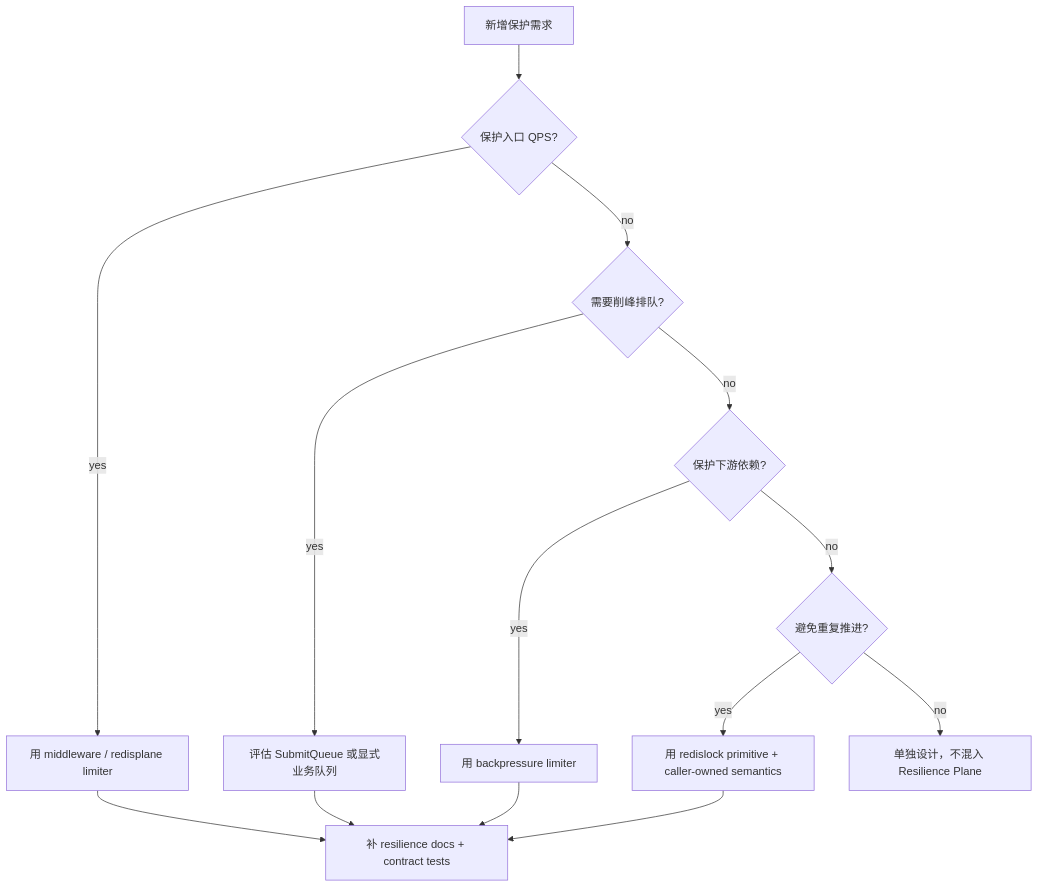
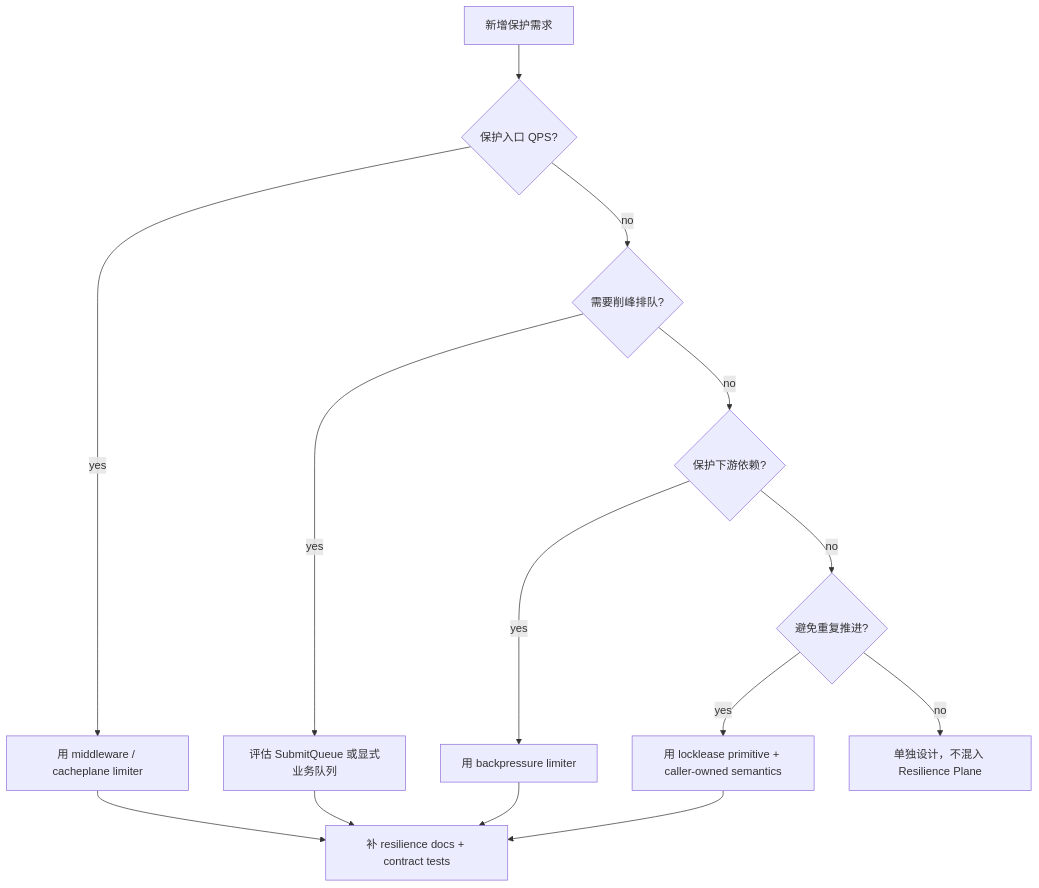
One commit to FangcunMount/qs-server changed the diagram in docs/03-基础设施/resilience/06-新增高并发治理能力SOP.md. Above: the diagram before and after it, drawn with Mermaid. The commit also changed other lines of this file and 34 other files, not shown here.

````diff
--- a/docs/03-基础设施/resilience/06-新增高并发治理能力SOP.md
+++ b/docs/03-基础设施/resilience/06-新增高并发治理能力SOP.md
@@ -14,23 +14,23 @@
 ```mermaid
 flowchart TD
     start["新增保护需求"]
     entry{"保护入口 QPS?"}
     queue{"需要削峰排队?"}
     dep{"保护下游依赖?"}
     duplicate{"避免重复推进?"}
     docs["补 resilience docs + contract tests"]
 
     start --> entry
-    entry -->|yes| limit["用 middleware / redisplane limiter"]
+    entry -->|yes| limit["用 middleware / cacheplane limiter"]
     entry -->|no| queue
     queue -->|yes| submit["评估 SubmitQueue 或显式业务队列"]
     queue -->|no| dep
     dep -->|yes| bp["用 backpressure limiter"]
     dep -->|no| duplicate
-    duplicate -->|yes| lock["用 redislock primitive + caller-owned semantics"]
+    duplicate -->|yes| lock["用 locklease primitive + caller-owned semantics"]
     duplicate -->|no| design["单独设计，不混入 Resilience Plane"]
     limit --> docs
     submit --> docs
     bp --> docs
     lock --> docs
 ```
````
